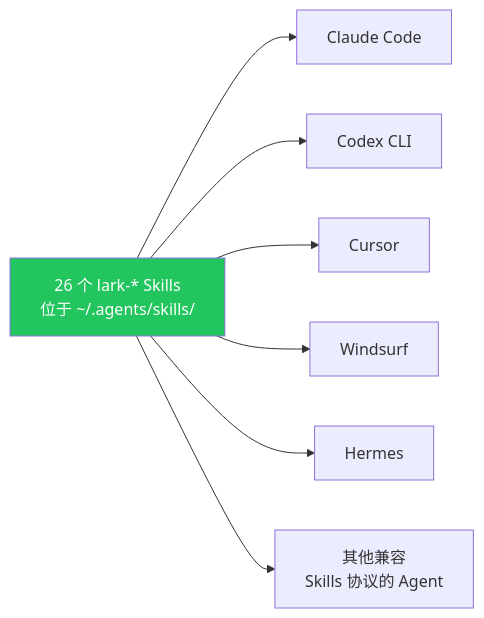
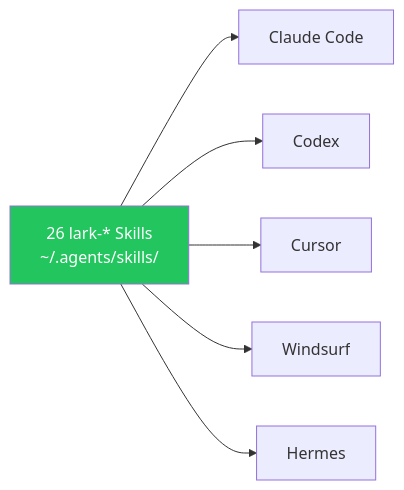
Before and after one commit to ymzlsy/wiki: diagram 11 of 16 in lark-cli/index.md, drawn with Mermaid. The commit also changed other lines of this file and 2 other files, not shown here.

First line of the commit message:
feat(lark-cli): rewrite Ch1 vs 智能伙伴/智能体 + shrink mermaid diagrams

````diff
--- a/lark-cli/index.md
+++ b/lark-cli/index.md
@@ -939,12 +975,9 @@
 ```mermaid
 flowchart LR
-    Skills[26 个 lark-* Skills<br/>位于 ~/.agents/skills/]
-    Skills --> CC[Claude Code]
-    Skills --> CX[Codex CLI]
+    Skills[26 lark-* Skills<br/>~/.agents/skills/] --> CC[Claude Code]
+    Skills --> CX[Codex]
     Skills --> CU[Cursor]
     Skills --> WS[Windsurf]
     Skills --> HM[Hermes]
-    Skills --> OW[其他兼容<br/>Skills 协议的 Agent]
-
     style Skills fill:#22c55e,color:#fff
 ```
````
